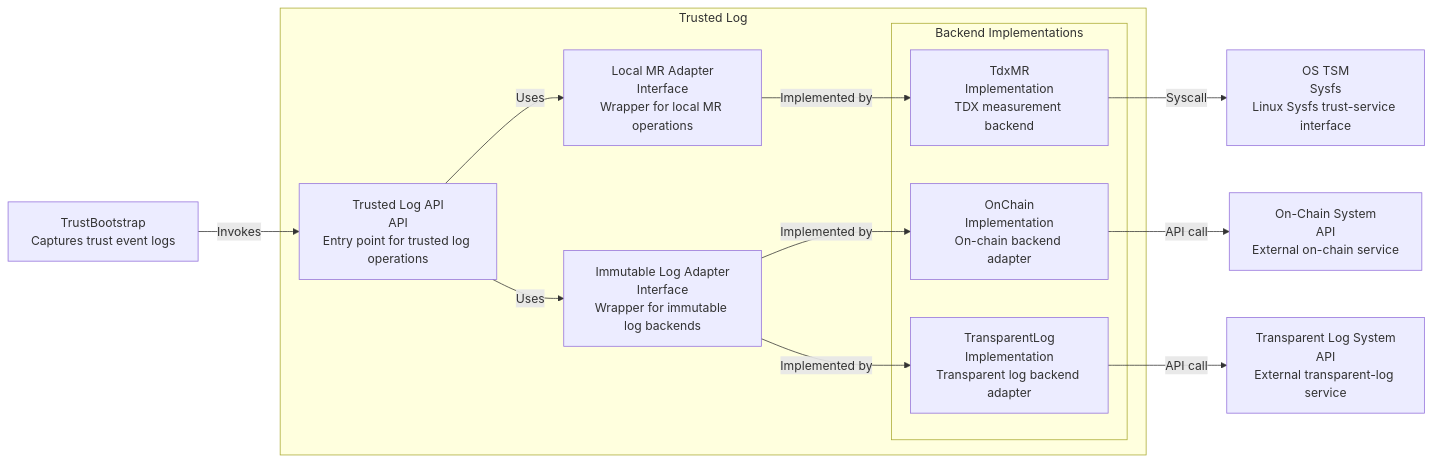
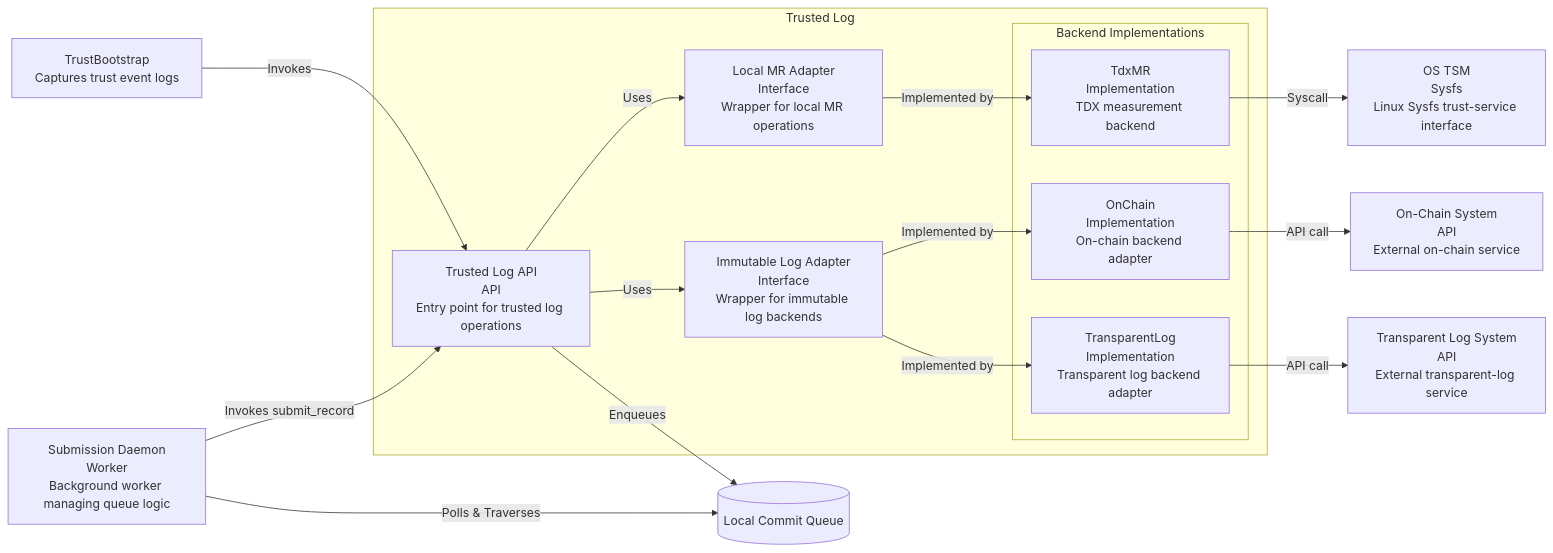
Before and after one commit to intel/confidential-computing-zoo: the second of 7 diagrams in trusted-log/architecture.md, drawn with Mermaid. The commit also changed other lines of this file, not shown here.

Commit message:
docs: Add Submission Daemon, Disaster Recovery, and PubKey logic

````diff
--- a/trusted-log/architecture.md
+++ b/trusted-log/architecture.md
@@ -52,30 +52,36 @@
 ```mermaid
 flowchart LR
     TrustBootstrap["TrustBootstrap<br/>Captures trust event logs"]
 
     subgraph TrustedLogBoundary[Trusted Log]
         TrustLogApi["Trusted Log API<br/>API<br/>Entry point for trusted log operations"]
         LocalMRAdapter["Local MR Adapter<br/>Interface<br/>Wrapper for local MR operations"]
         ImmutableLogAdapter["Immutable Log Adapter<br/>Interface<br/>Wrapper for immutable log backends"]
 
         subgraph BackendImplementations[Backend Implementations]
             TdxMR["TdxMR<br/>Implementation<br/>TDX measurement backend"]
             OnChainImpl["OnChain<br/>Implementation<br/>On-chain backend adapter"]
             TransparentLogImpl["TransparentLog<br/>Implementation<br/>Transparent log backend adapter"]
         end
     end
 
     OSTSM["OS TSM<br/>Sysfs<br/>Linux Sysfs trust-service interface"]
     OnChainSystem["On-Chain System<br/>API<br/>External on-chain service"]
     TransparentLogSystem["Transparent Log System<br/>API<br/>External transparent-log service"]
 
+    SubmissionDaemon["Submission Daemon<br/>Worker<br/>Background worker managing queue logic"]
+
     TrustBootstrap -->|Invokes| TrustLogApi
+    TrustLogApi -->|Enqueues| CommitQueue[(Local Commit Queue)]
+    SubmissionDaemon -->|Polls & Traverses| CommitQueue
+    SubmissionDaemon -->|Invokes submit_record| TrustLogApi
+
     TrustLogApi -->|Uses| LocalMRAdapter
     TrustLogApi -->|Uses| ImmutableLogAdapter
     LocalMRAdapter -->|Implemented by| TdxMR
     ImmutableLogAdapter -->|Implemented by| OnChainImpl
     ImmutableLogAdapter -->|Implemented by| TransparentLogImpl
     TdxMR -->|Syscall| OSTSM
     OnChainImpl -->|API call| OnChainSystem
     TransparentLogImpl -->|API call| TransparentLogSystem
 ```
````
